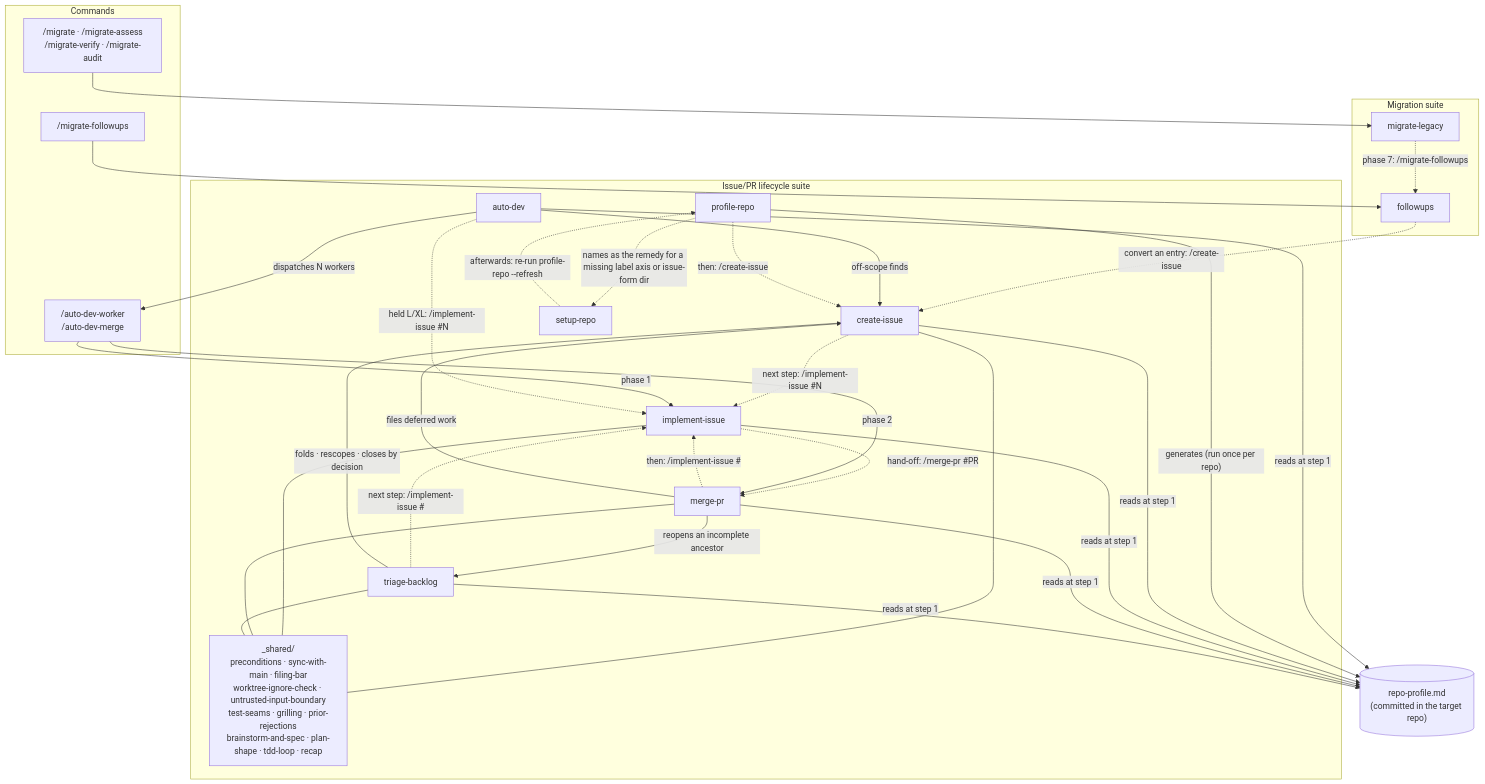
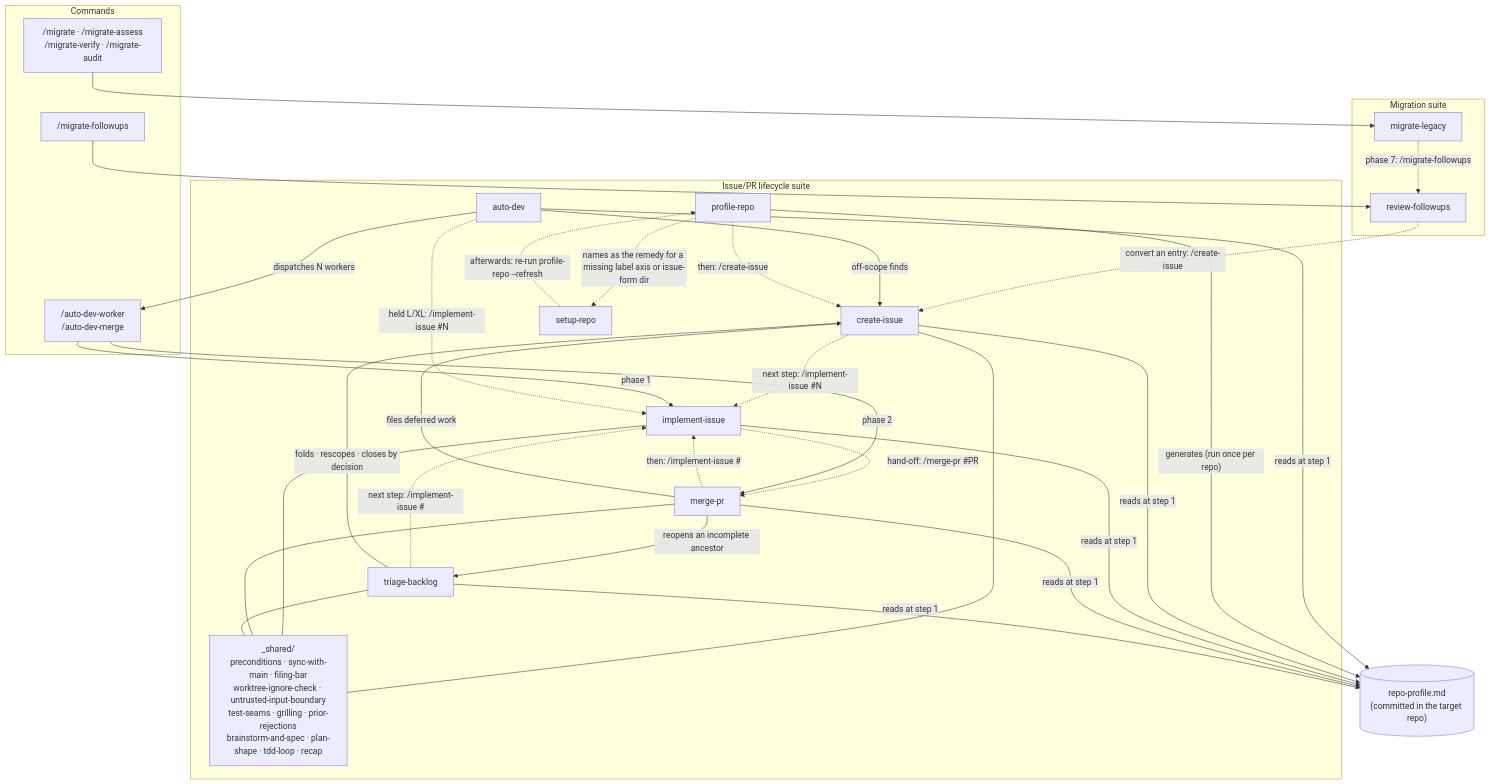
The first of 2 diagrams in ARCHITECTURE.md (phmatray/ai-migration-kit), drawn with Mermaid before and after one commit. The commit also changed other lines of this file and 29 other files, not shown here.

Commit message:
feat(skills): rename followups to review-followups

````diff
--- a/ARCHITECTURE.md
+++ b/ARCHITECTURE.md
@@ -16,56 +16,56 @@
 ```mermaid
 graph TD
     subgraph commands ["Commands"]
         M["/migrate · /migrate-assess<br>/migrate-verify · /migrate-audit"]
         MF["/migrate-followups"]
         AW["/auto-dev-worker<br>/auto-dev-merge"]
     end
 
     subgraph migration ["Migration suite"]
         LU[migrate-legacy]
-        FU[followups]
+        FU[review-followups]
     end
 
     subgraph lifecycle ["Issue/PR lifecycle suite"]
         AD[auto-dev]
         CI[create-issue]
         II[implement-issue]
         MP[merge-pr]
         TB[triage-backlog]
         RP[profile-repo]
         SR[setup-repo]
         SH["_shared/<br>preconditions · sync-with-main · filing-bar<br>worktree-ignore-check · untrusted-input-boundary<br>test-seams · grilling · prior-rejections<br>brainstorm-and-spec · plan-shape · tdd-loop · recap"]
     end
 
     PROF[("repo-profile.md<br>(committed in the target repo)")]
 
     M --> LU
     MF --> FU
     LU -. "phase 7: /migrate-followups" .-> FU
     FU -. "convert an entry: /create-issue" .-> CI
     CI -. "next step: /implement-issue #N" .-> II
     II -. "hand-off: /merge-pr #PR" .-> MP
     MP -. "then: /implement-issue #<next>" .-> II
     TB -. "next step: /implement-issue #<kept>" .-> II
     MP -- "files deferred work" --> CI
     AD -- "dispatches N workers" --> AW
     AW -- "phase 1" --> II
     AW -- "phase 2" --> MP
     AD -- "off-scope finds" --> CI
     AD -. "held L/XL: /implement-issue #N" .-> II
     AD -- "reads at step 1" --> PROF
     RP -- "generates (run once per repo)" --> PROF
     RP -. "names as the remedy for a missing label axis or issue-form dir" .-> SR
     RP -. "then: /create-issue <idea>" .-> CI
     SR -. "afterwards: re-run profile-repo --refresh" .-> RP
     CI -- "reads at step 1" --> PROF
     II -- "reads at step 1" --> PROF
     MP -- "reads at step 1" --> PROF
     MP -- "reopens an incomplete ancestor" --> TB
     TB -- "folds · rescopes · closes by decision" --> CI
     TB -- "reads at step 1" --> PROF
     CI --- SH
     II --- SH
     MP --- SH
     TB --- SH
 ```
````
